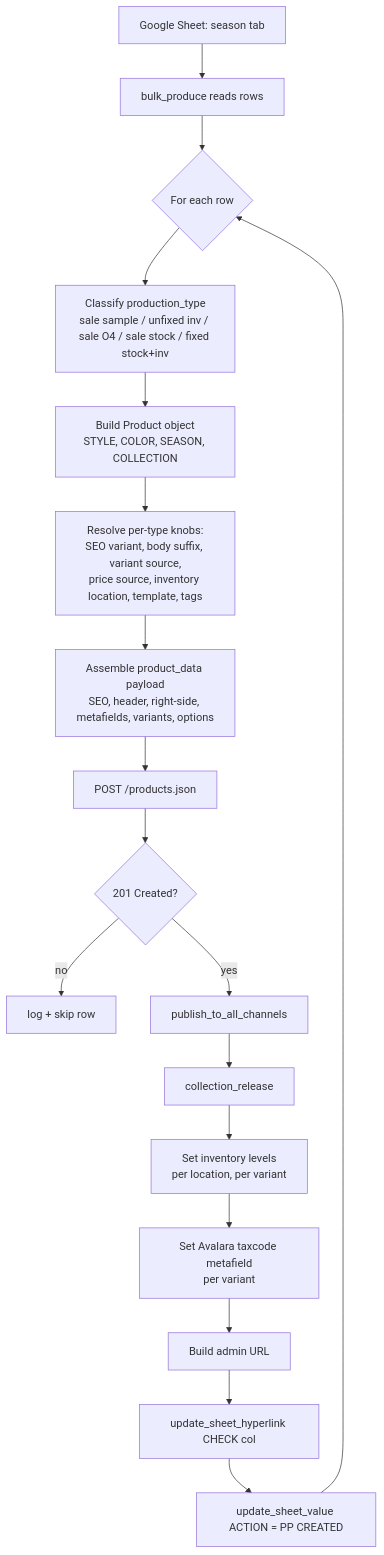
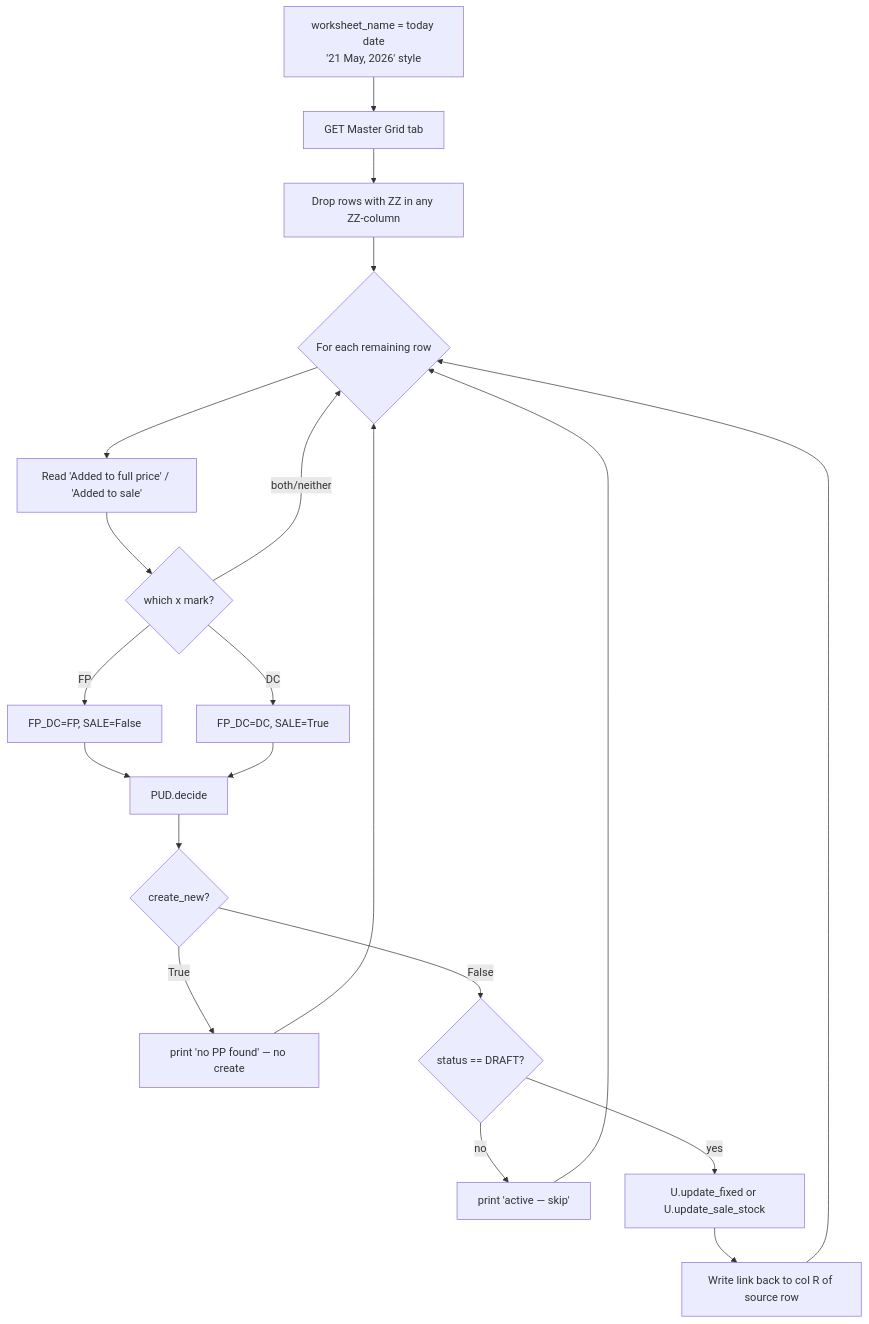
Before and after one commit to Wooden-Ships-Knits/product-page-automation: the second of 2 diagrams in PPA_FLOW.md, drawn with Mermaid. The commit also changed other lines of this file and 1 other file, not shown here.

````diff
--- a/PPA_FLOW.md
+++ b/PPA_FLOW.md
@@ -14,20 +37,22 @@
 ```mermaid
 flowchart TD
-    A[Google Sheet: season tab] --> B[bulk_produce reads rows]
-    B --> C{For each row}
-    C --> D[Classify production_type<br/>sale sample / unfixed inv / sale O4 / sale stock / fixed stock+inv]
-    D --> E[Build Product object<br/>STYLE, COLOR, SEASON, COLLECTION]
-    E --> F[Resolve per-type knobs:<br/>SEO variant, body suffix, variant source,<br/>price source, inventory location, template, tags]
-    F --> G[Assemble product_data payload<br/>SEO, header, right-side, metafields, variants, options]
-    G --> H[POST /products.json]
-    H --> I{201 Created?}
-    I -- no --> X[log + skip row]
-    I -- yes --> J[publish_to_all_channels]
-    J --> K[collection_release]
-    K --> L[Set inventory levels<br/>per location, per variant]
-    L --> M[Set Avalara taxcode metafield<br/>per variant]
-    M --> N[Build admin URL]
-    N --> O[update_sheet_hyperlink CHECK col]
-    O --> P[update_sheet_value ACTION = PP CREATED]
-    P --> C
+    A[worksheet_name = today date<br/>'21 May, 2026' style] --> B[GET Master Grid tab]
+    B --> C[Drop rows with ZZ in any ZZ-column]
+    C --> D{For each remaining row}
+    D --> E[Read 'Added to full price' / 'Added to sale']
+    E --> F{which x mark?}
+    F -- both/neither --> D
+    F -- FP --> G[FP_DC=FP, SALE=False]
+    F -- DC --> H[FP_DC=DC, SALE=True]
+    G --> I[PUD.decide]
+    H --> I
+    I --> J{create_new?}
+    J -- True --> K[print 'no PP found' — no create]
+    J -- False --> L{status == DRAFT?}
+    L -- no --> M[print 'active — skip']
+    L -- yes --> N[U.update_fixed or U.update_sale_stock]
+    N --> O[Write link back to col R of source row]
+    O --> D
+    K --> D
+    M --> D
 ```
````
